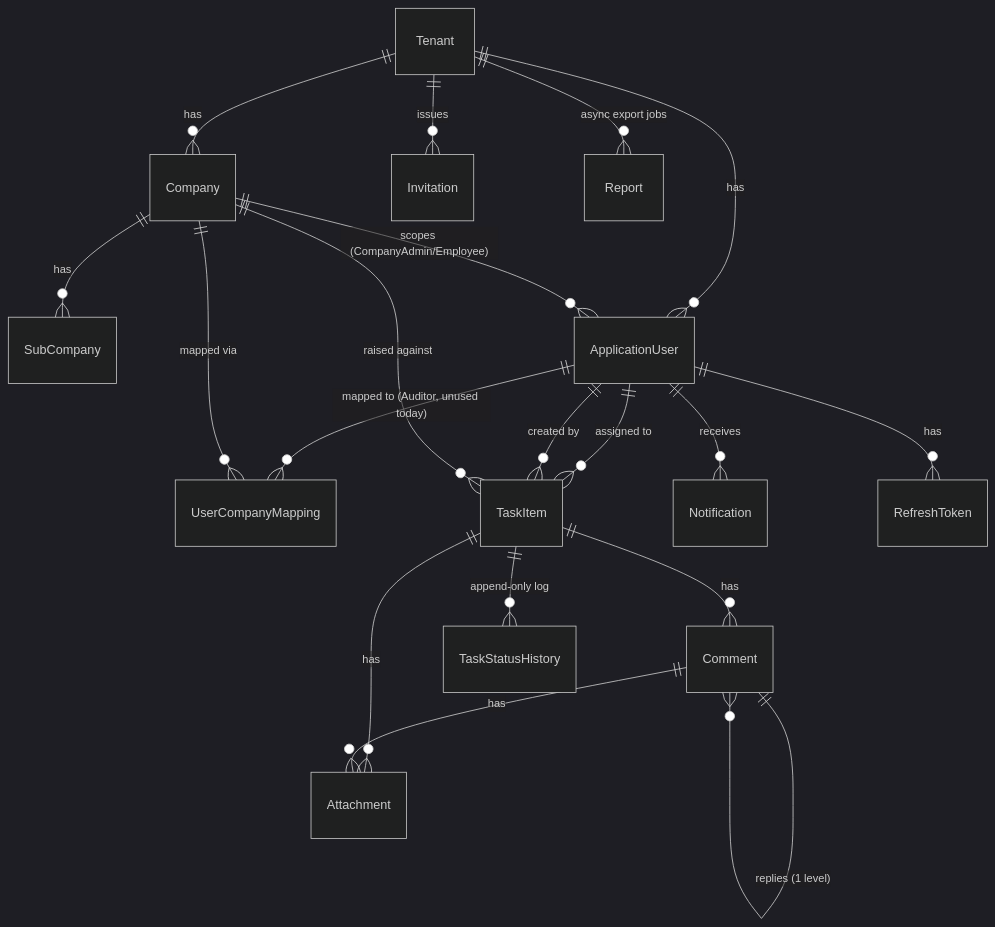
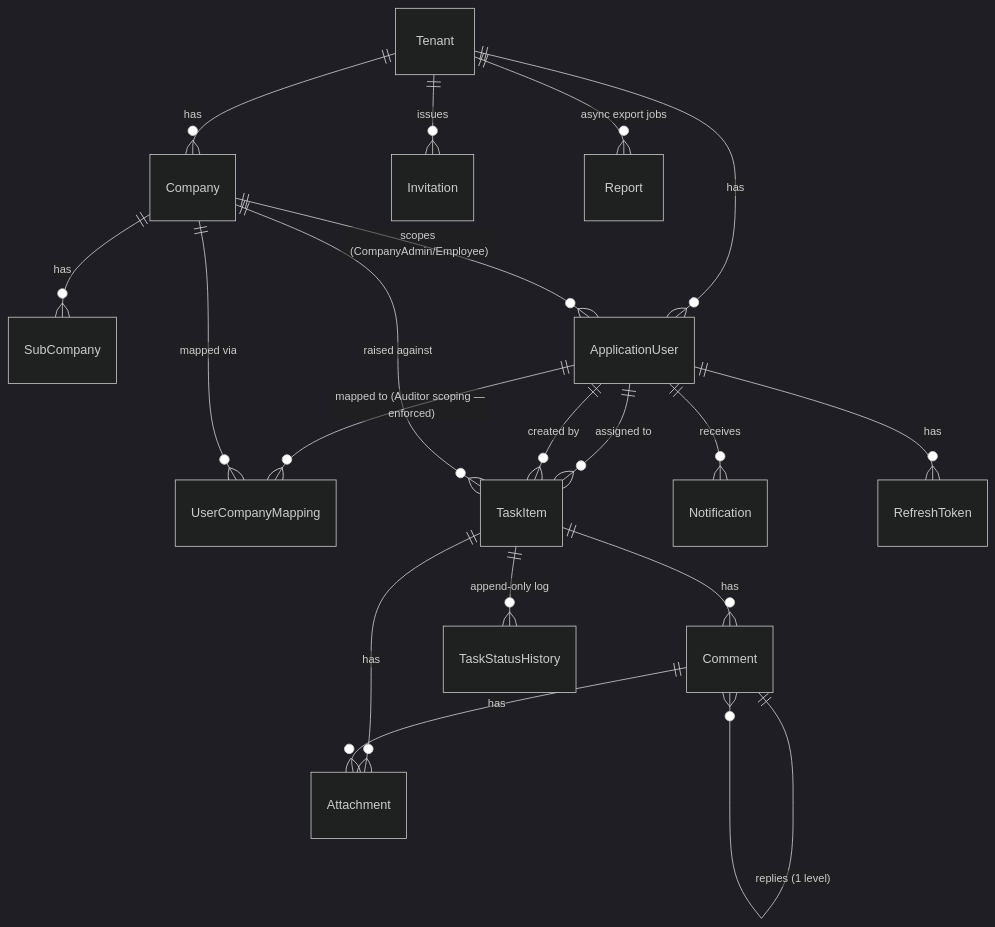
The seventh of 7 diagrams in Documents/ARCHITECTURE.md (rvtech1991-hue/AuditFlow-Frontend), drawn with Mermaid (dark theme) before and after one commit. The commit also changed other lines of this file and 9 other files, not shown here.

````diff
--- a/Documents/ARCHITECTURE.md
+++ b/Documents/ARCHITECTURE.md
@@ -238,21 +242,21 @@
 ```mermaid
 erDiagram
     Tenant ||--o{ Company : has
     Company ||--o{ SubCompany : has
     Tenant ||--o{ ApplicationUser : has
     Company ||--o{ ApplicationUser : "scopes (CompanyAdmin/Employee)"
-    ApplicationUser ||--o{ UserCompanyMapping : "mapped to (Auditor, unused today)"
+    ApplicationUser ||--o{ UserCompanyMapping : "mapped to (Auditor scoping — enforced)"
     Company ||--o{ UserCompanyMapping : "mapped via"
     ApplicationUser ||--o{ TaskItem : "assigned to"
     ApplicationUser ||--o{ TaskItem : "created by"
     Company ||--o{ TaskItem : "raised against"
     TaskItem ||--o{ Comment : has
     TaskItem ||--o{ Attachment : has
     TaskItem ||--o{ TaskStatusHistory : "append-only log"
     Comment ||--o{ Attachment : has
     Comment ||--o{ Comment : "replies (1 level)"
     ApplicationUser ||--o{ Notification : receives
     ApplicationUser ||--o{ RefreshToken : has
     Tenant ||--o{ Invitation : issues
     Tenant ||--o{ Report : "async export jobs"
 ```
````
